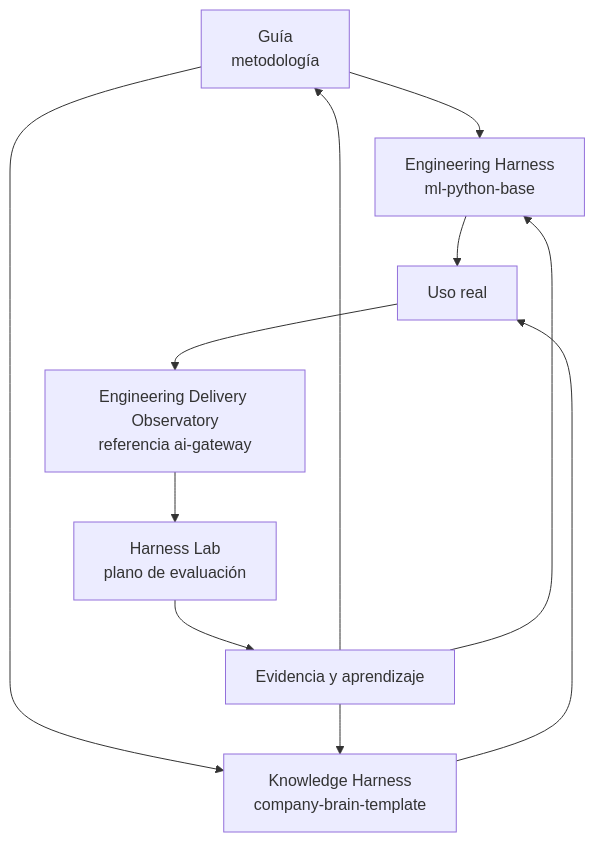
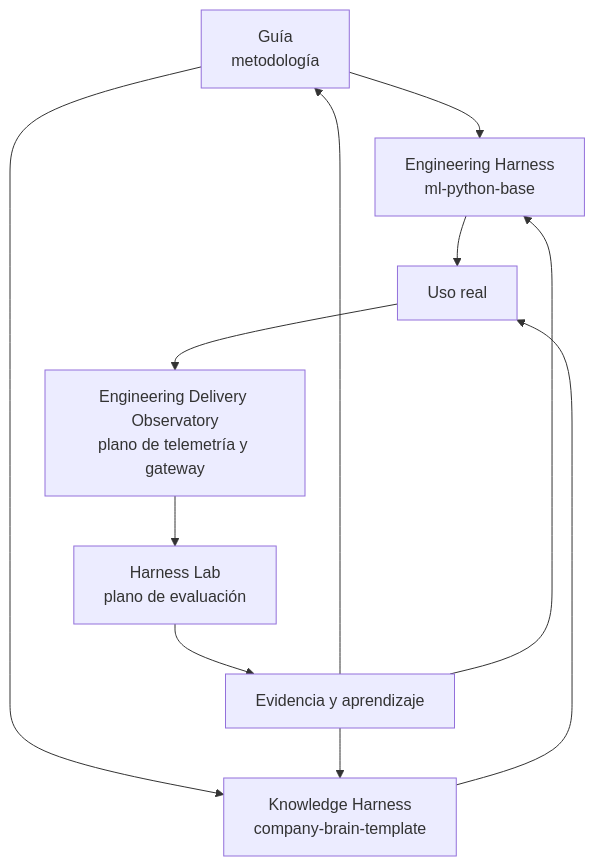
The diagram in docs/es/reference-implementation/index.md (marcosdh1987/harness-engineering-guide), drawn with Mermaid before and after one commit. The commit also changed other lines of this file and 9 other files, not shown here.

Commit message:
docs: expand Engineering Delivery Observatory guides and add MathJax support

````diff
--- a/docs/es/reference-implementation/index.md
+++ b/docs/es/reference-implementation/index.md
@@ -12,13 +12,13 @@
 ```mermaid
 flowchart TB
     GUIDE["Guía<br/>metodología"] --> H["Engineering Harness<br/>ml-python-base"]
     GUIDE --> K["Knowledge Harness<br/>company-brain-template"]
     H --> USE["Uso real"]
     K --> USE
-    USE --> O["Engineering Delivery Observatory<br/>referencia ai-gateway"]
+    USE --> O["Engineering Delivery Observatory<br/>plano de telemetría y gateway"]
     O --> LAB["Harness Lab<br/>plano de evaluación"]
     LAB --> LEARN["Evidencia y aprendizaje"]
     LEARN --> GUIDE
     LEARN --> H
     LEARN --> K
 ```
````
